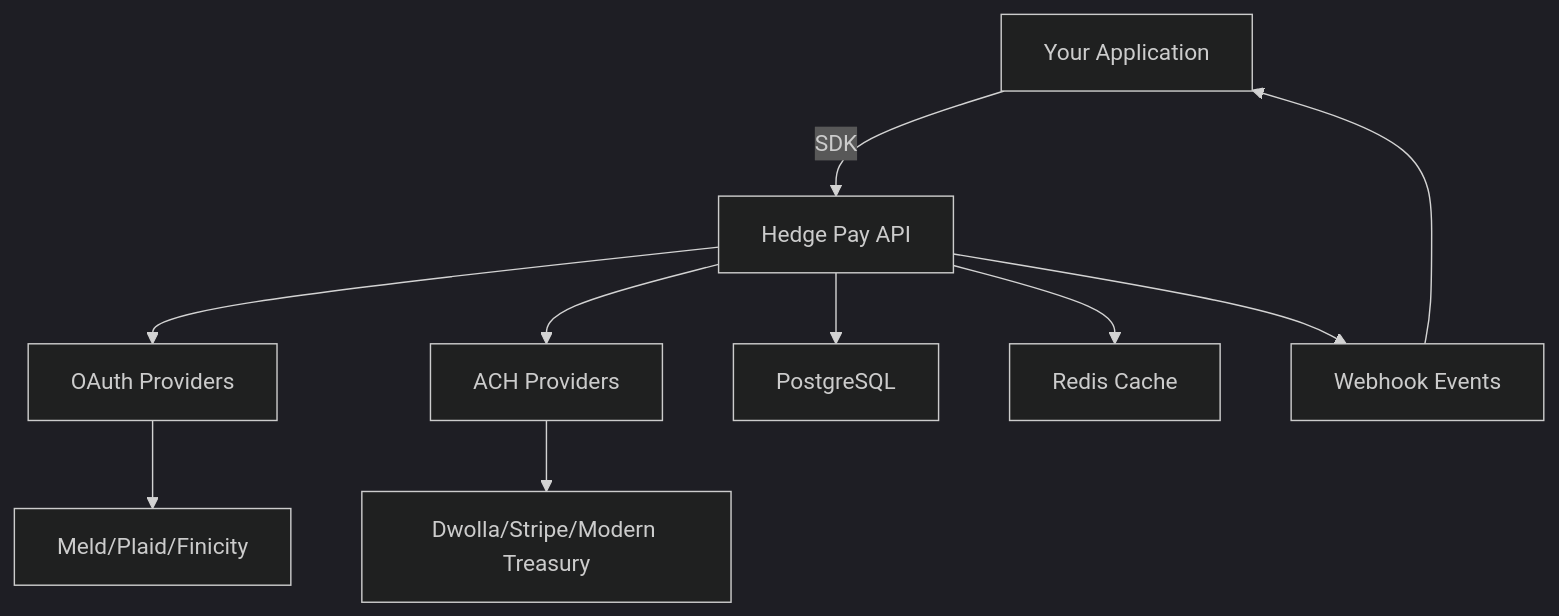
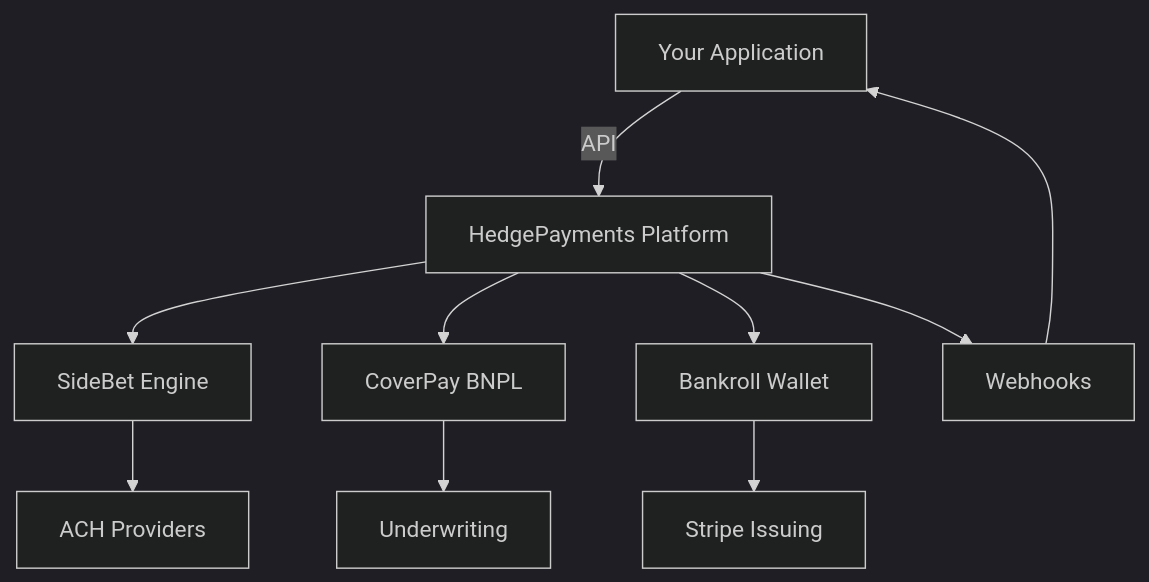
One commit to jacksonhedge/hedgepayments changed the diagram in docs/introduction.mdx. Above: the diagram before and after it, drawn with Mermaid (dark theme). The commit also changed other lines of this file and 17 other files, not shown here.

First line of the commit message:
Add business onboarding flow and product dashboards

````diff
--- a/docs/introduction.mdx
+++ b/docs/introduction.mdx
@@ -88,12 +254,12 @@
 ```mermaid
 graph TD
-    A[Your Application] -->|SDK| B[Hedge Pay API]
-    B --> C[OAuth Providers]
-    B --> D[ACH Providers]
-    C --> E[Meld/Plaid/Finicity]
-    D --> F[Dwolla/Stripe/Modern Treasury]
-    B --> G[PostgreSQL]
-    B --> H[Redis Cache]
-    B --> I[Webhook Events]
+    A[Your Application] -->|API| B[HedgePayments Platform]
+    B --> C[SideBet Engine]
+    B --> D[CoverPay BNPL]
+    B --> E[Bankroll Wallet]
+    C --> F[ACH Providers]
+    D --> G[Underwriting]
+    E --> H[Stripe Issuing]
+    B --> I[Webhooks]
     I --> A
 ```
````
